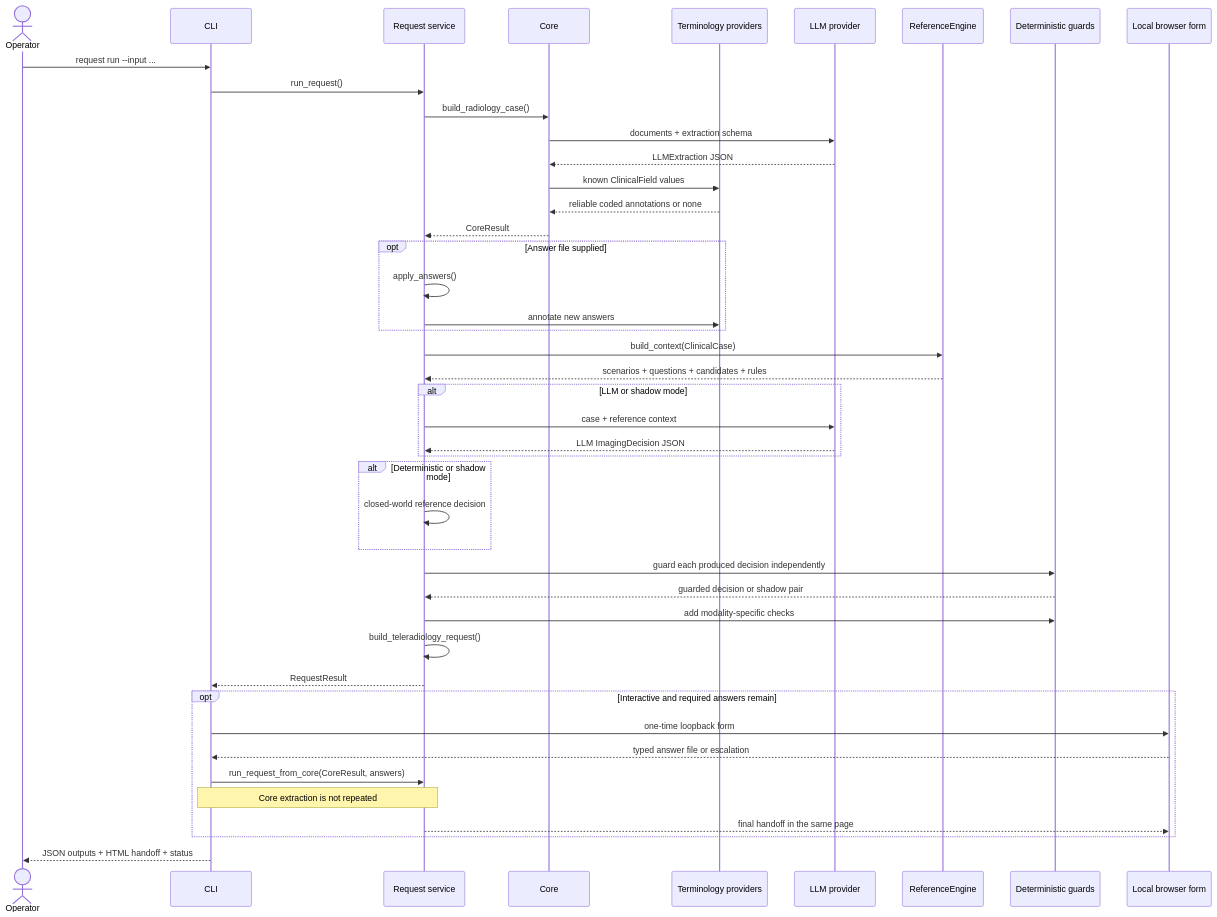
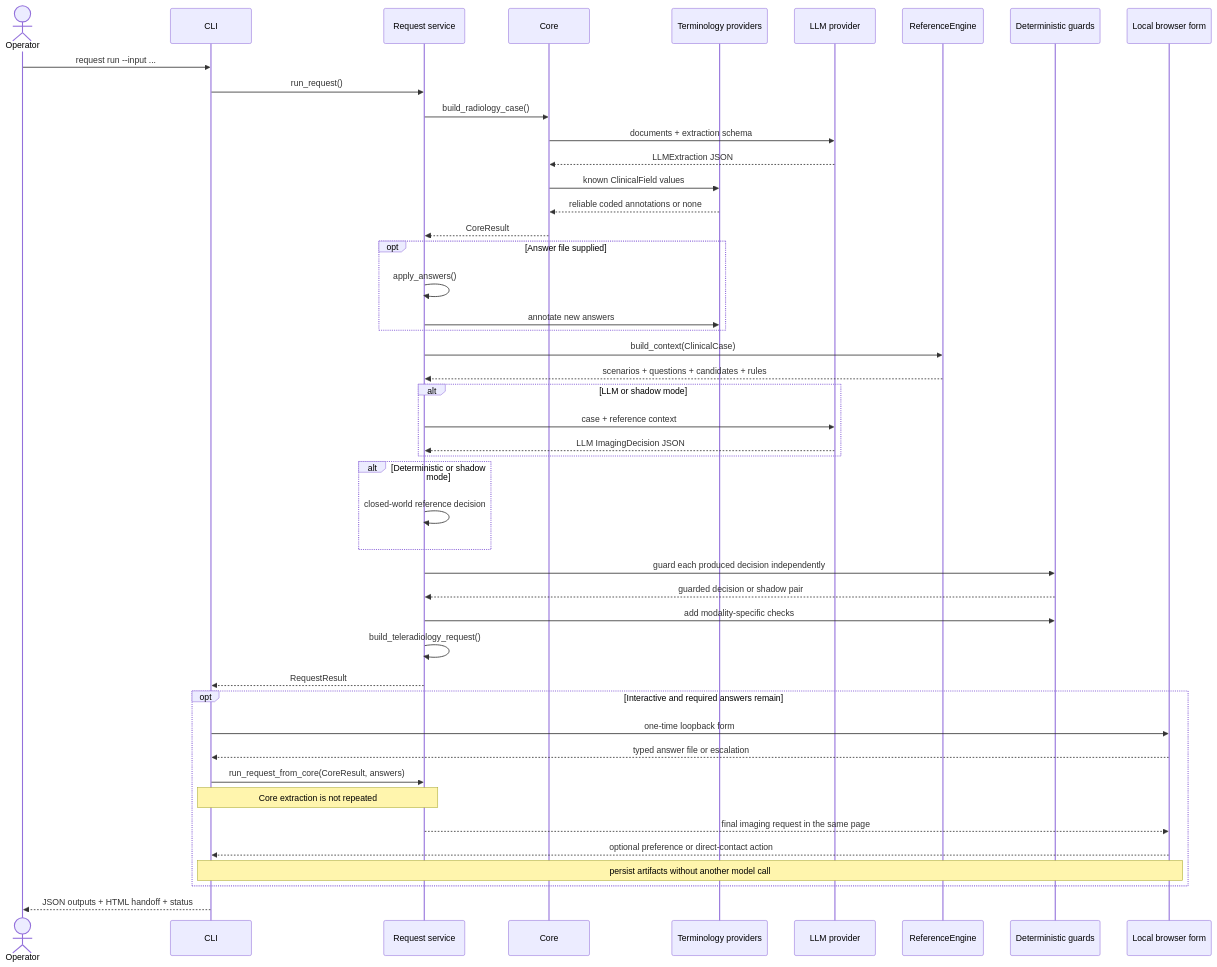
The third of 3 diagrams in docs/architecture.md (Thibescobar/bulkinout), drawn with Mermaid before and after one commit. The commit also changed other lines of this file and 20 other files, not shown here.

Commit message:
Persist clinician imaging request review

````diff
--- a/docs/architecture.md
+++ b/docs/architecture.md
@@ -112,47 +112,49 @@
 ```mermaid
 sequenceDiagram
     actor Operator
     participant CLI
     participant Service as Request service
     participant Core
     participant Terms as Terminology providers
     participant Model as LLM provider
     participant Ref as ReferenceEngine
     participant Guard as Deterministic guards
     participant Form as Local browser form
 
     Operator->>CLI: request run --input ...
     CLI->>Service: run_request()
     Service->>Core: build_radiology_case()
     Core->>Model: documents + extraction schema
     Model-->>Core: LLMExtraction JSON
     Core->>Terms: known ClinicalField values
     Terms-->>Core: reliable coded annotations or none
     Core-->>Service: CoreResult
     opt Answer file supplied
         Service->>Service: apply_answers()
         Service->>Terms: annotate new answers
     end
     Service->>Ref: build_context(ClinicalCase)
     Ref-->>Service: scenarios + questions + candidates + rules
     alt LLM or shadow mode
         Service->>Model: case + reference context
         Model-->>Service: LLM ImagingDecision JSON
     end
     alt Deterministic or shadow mode
         Service->>Service: closed-world reference decision
     end
     Service->>Guard: guard each produced decision independently
     Guard-->>Service: guarded decision or shadow pair
     Service->>Guard: add modality-specific checks
     Service->>Service: build_teleradiology_request()
     Service-->>CLI: RequestResult
     opt Interactive and required answers remain
         CLI->>Form: one-time loopback form
         Form-->>CLI: typed answer file or escalation
         CLI->>Service: run_request_from_core(CoreResult, answers)
         Note over CLI,Service: Core extraction is not repeated
-        Service-->>Form: final handoff in the same page
+        Service-->>Form: final imaging request in the same page
+        Form-->>CLI: optional preference or direct-contact action
+        Note over Form,CLI: persist artifacts without another model call
     end
     CLI-->>Operator: JSON outputs + HTML handoff + status
 ```
````
